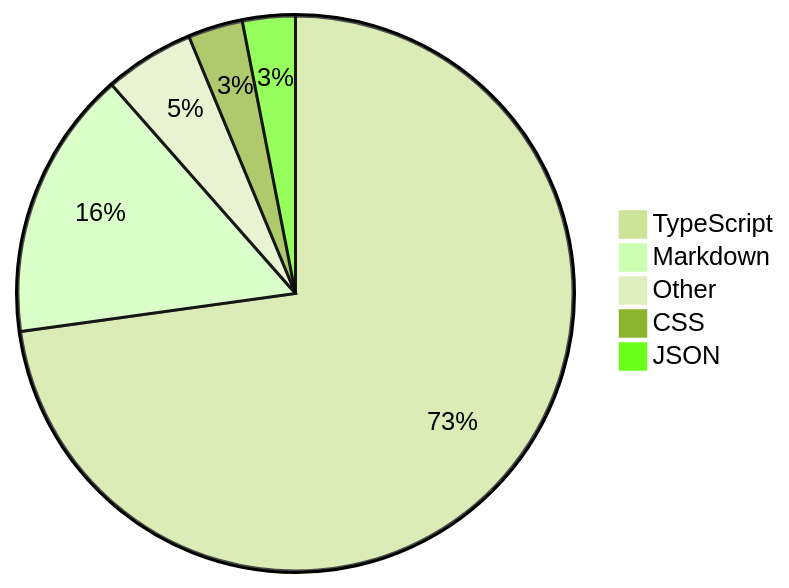
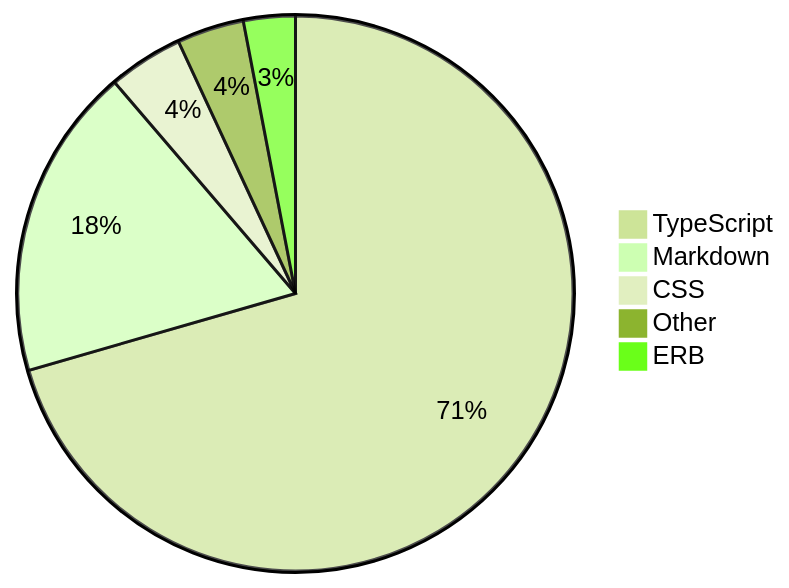
Before and after one commit to skvggor/skvggor: the diagram in README.md, drawn with Mermaid (forest theme).

Commit message:
Updated waka-readme graph with new metrics

````diff
--- a/README.md
+++ b/README.md
@@ -40,8 +40,8 @@
 ```mermaid
 pie
-    "TypeScript" : 64.0
-    "Markdown" : 13.8
-    "Other" : 4.6
-    "CSS" : 2.8
-    "JSON" : 2.7
+    "TypeScript" : 63.2
+    "Markdown" : 16.3
+    "CSS" : 3.9
+    "Other" : 3.5
+    "ERB" : 2.7
 ```
````
